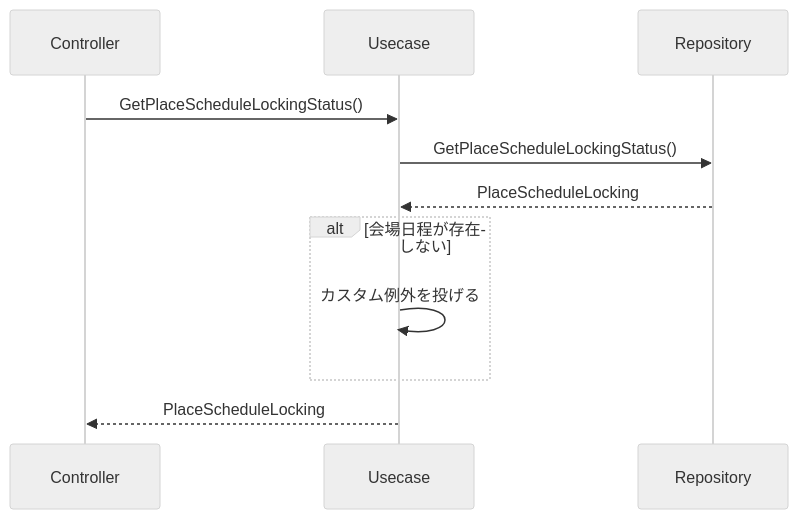
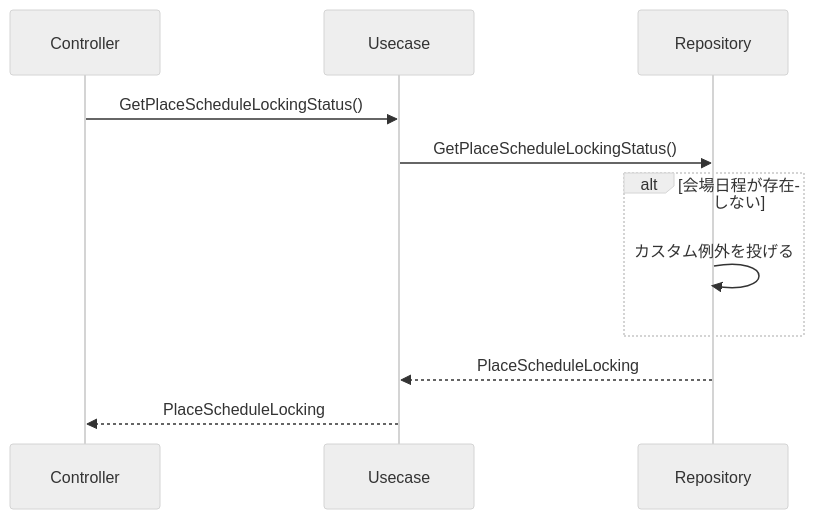
One commit to MrWangpeilin945/FlutterIOS changed the eighth of 33 diagrams in Documents/API設計書/src/docs/5_ユースケース.adoc. Above: the diagram before and after it, drawn with Mermaid (neutral theme). The commit also changed other lines of this file, not shown here.

```diff
--- a/Documents/API設計書/src/docs/5_ユースケース.adoc
+++ b/Documents/API設計書/src/docs/5_ユースケース.adoc
@@ -133,16 +133,16 @@
 [mermaid,GetPlaceScheduleLockingStatus-u-seq,png]
 ----
 sequenceDiagram
   participant con as Controller
   participant uc as Usecase
   participant repo as Repository
 
   con->>uc: GetPlaceScheduleLockingStatus()
   uc->>repo: GetPlaceScheduleLockingStatus()
+  alt 会場日程が存在しない
+    repo->>repo: カスタム例外を投げる
+  end
   repo-->>uc: PlaceScheduleLocking
-  alt 会場日程が存在しない
-    uc->>uc: カスタム例外を投げる
-  end
   uc-->>con: PlaceScheduleLocking
 
 ----
```
